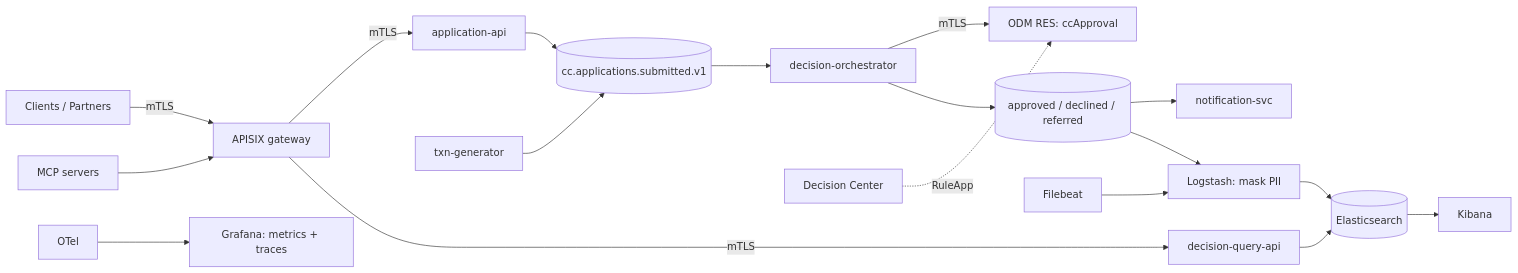
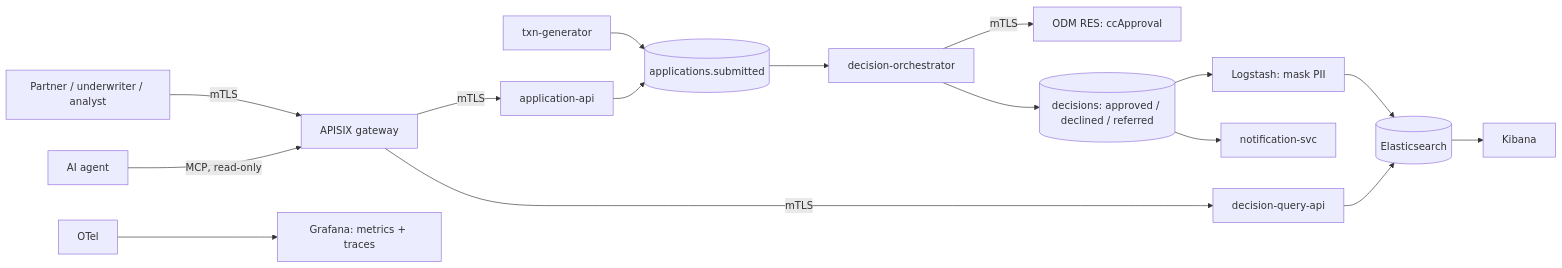
Before and after one commit to JJ1006/cc-decisioning-platform: the diagram in README.md, drawn with Mermaid. The commit also changed other lines of this file and 74 other files, not shown here.

````diff
--- a/README.md
+++ b/README.md
@@ -18,19 +21,16 @@
 ```mermaid
 flowchart LR
-  C[Clients / Partners] -- mTLS --> GW[APISIX gateway]
+  C[Partner / underwriter / analyst] -- mTLS --> GW[APISIX gateway]
   GW -- mTLS --> AA[application-api]
   GW -- mTLS --> QA[decision-query-api]
-  AA --> K1[(cc.applications.submitted.v1)]
-  GEN[txn-generator] --> K1
+  GEN[txn-generator] --> K1[(applications.submitted)]
+  AA --> K1
   K1 --> ORCH[decision-orchestrator]
   ORCH -- mTLS --> RES[ODM RES: ccApproval]
-  ORCH --> K2[(approved / declined / referred)]
+  ORCH --> K2[(decisions: approved / declined / referred)]
   K2 --> NOT[notification-svc]
-  K2 --> LS[Logstash: mask PII]
-  LS --> ES[(Elasticsearch)] --> KIB[Kibana]
-  FB[Filebeat] --> LS
+  K2 --> LS[Logstash: mask PII] --> ES[(Elasticsearch)] --> KIB[Kibana]
   QA --> ES
-  DC[Decision Center] -. RuleApp .-> RES
-  MCP[MCP servers] --> GW
-  OTEL[OTel] --> LGTM[Grafana: metrics + traces]
+  AGENT[AI agent] -- "MCP, read-only" --> GW
+  OTEL[OTel] --> GR[Grafana: metrics + traces]
 ```
````
